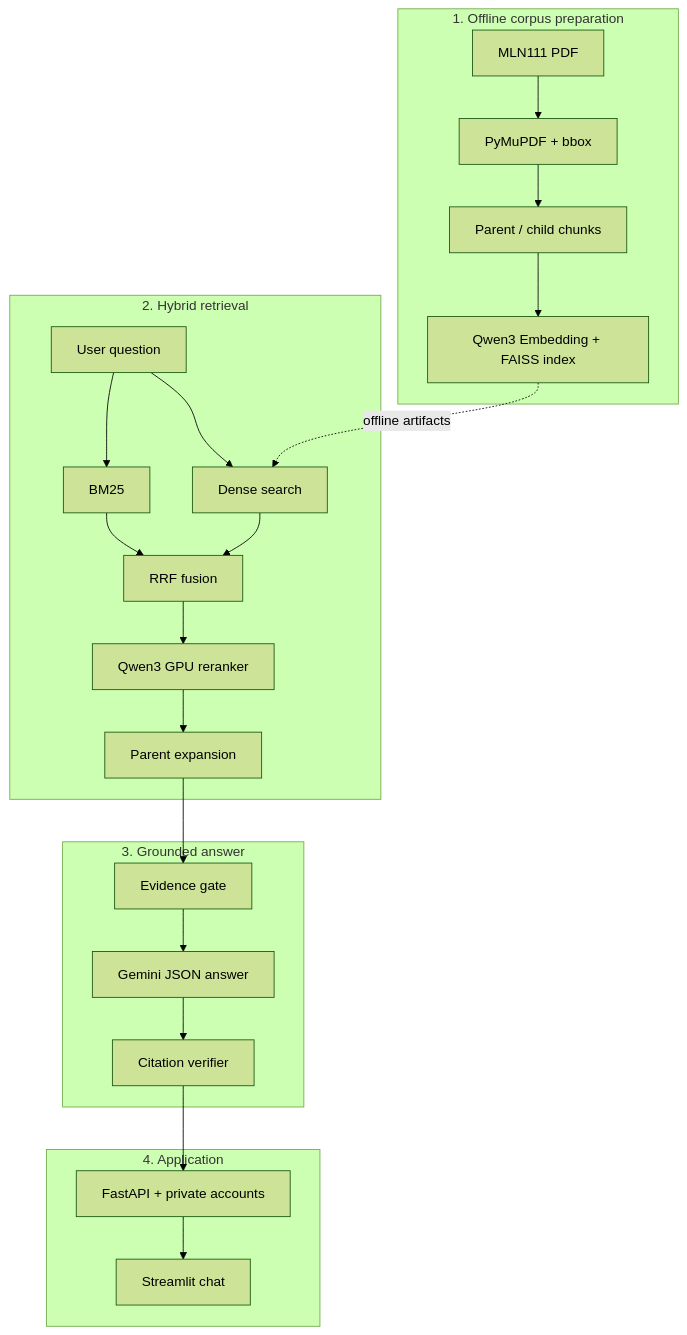
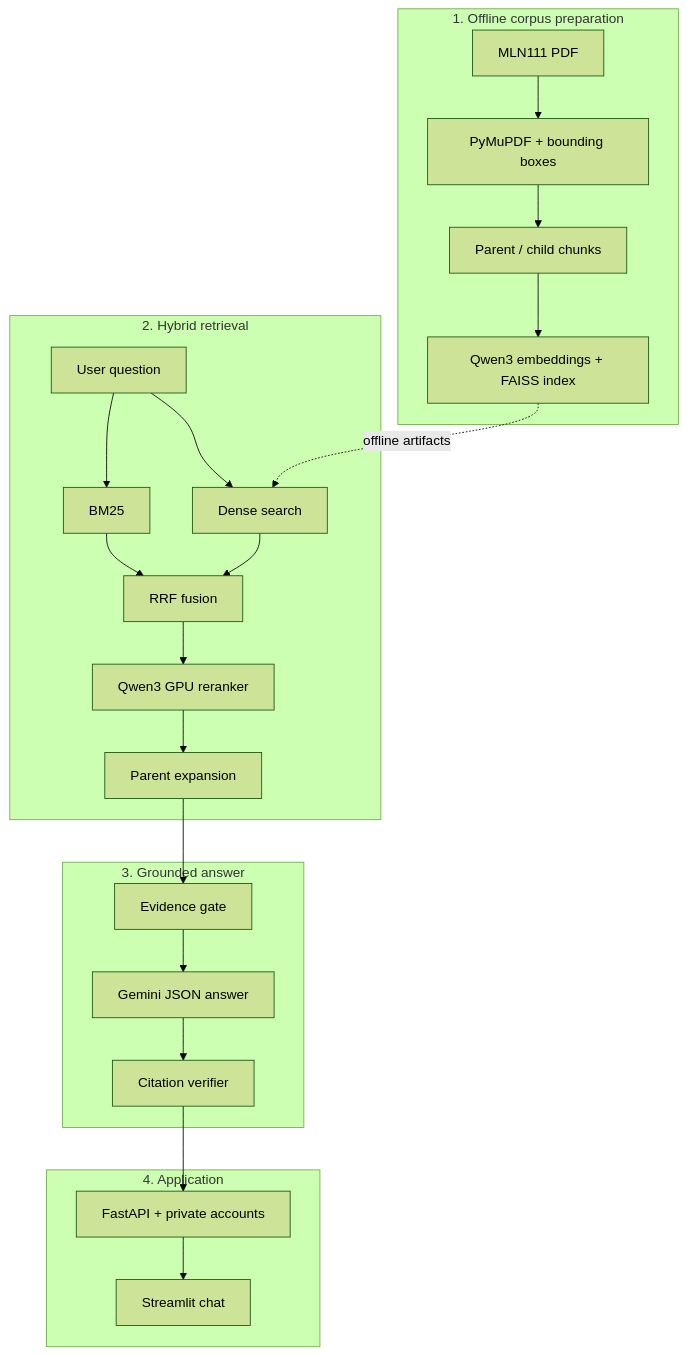
One commit to tuanfptu/VietTheory-Agentic-Nexus changed the diagram in README.md. Above: the diagram before and after it, drawn with Mermaid (forest theme). The commit also changed other lines of this file, not shown here.

````diff
--- a/README.md
+++ b/README.md
@@ -28,30 +31,30 @@
 ```mermaid
 flowchart TB
     subgraph OFFLINE["1. Offline corpus preparation"]
-        PDF["MLN111 PDF"] --> EX["PyMuPDF + bbox"]
+        PDF["MLN111 PDF"] --> EX["PyMuPDF + bounding boxes"]
         EX --> CH["Parent / child chunks"]
-        CH --> IX["Qwen3 Embedding + FAISS index"]
+        CH --> IX["Qwen3 embeddings + FAISS index"]
     end
 
     subgraph RETRIEVAL["2. Hybrid retrieval"]
         Q["User question"] --> BM["BM25"]
         Q --> DE["Dense search"]
         BM --> RRF["RRF fusion"]
         DE --> RRF
         RRF --> RR["Qwen3 GPU reranker"]
         RR --> PE["Parent expansion"]
     end
 
     subgraph ANSWER["3. Grounded answer"]
         PE --> EG["Evidence gate"]
         EG --> GM["Gemini JSON answer"]
         GM --> CV["Citation verifier"]
     end
 
     subgraph APP["4. Application"]
         CV --> API["FastAPI + private accounts"]
         API --> UI["Streamlit chat"]
     end
 
     IX -. "offline artifacts" .-> DE
 ```
````
